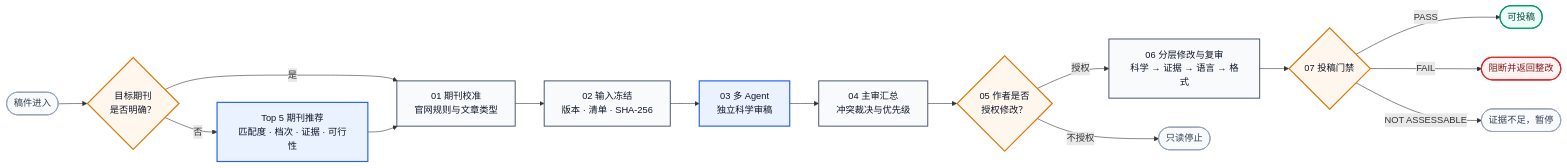
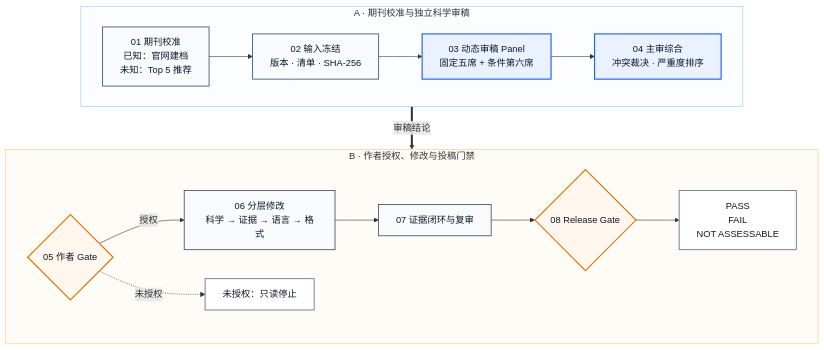
Before and after one commit to Jameslxr/manuscript-review-revision-skill: the first of 2 diagrams in README.md, drawn with Mermaid. The commit also changed other lines of this file, not shown here.

Commit message:
Simplify Mermaid architecture layout

````diff
--- a/README.md
+++ b/README.md
@@ -21,31 +21,37 @@
 ```mermaid
-flowchart LR
-    START(["稿件进入"]) --> TARGET{"目标期刊<br/>是否明确？"}
-    TARGET -- "否" --> TOP5["Top 5 期刊推荐<br/>匹配度 · 档次 · 证据 · 可行性"]
-    TARGET -- "是" --> J1["01 期刊校准<br/>官网规则与文章类型"]
-    TOP5 --> J1
-    J1 --> J2["02 输入冻结<br/>版本 · 清单 · SHA-256"]
-    J2 --> J3["03 多 Agent<br/>独立科学审稿"]
-    J3 --> J4["04 主审汇总<br/>冲突裁决与优先级"]
-    J4 --> J5{"05 作者是否<br/>授权修改？"}
-    J5 -- "授权" --> J6["06 分层修改与复审<br/>科学 → 证据 → 语言 → 格式"]
-    J5 -- "不授权" --> STOP(["只读停止"])
-    J6 --> J7{"07 投稿门禁"}
-    J7 -- "PASS" --> PASS(["可投稿"])
-    J7 -- "FAIL" --> FAIL(["阻断并返回整改"])
-    J7 -- "NOT ASSESSABLE" --> HOLD(["证据不足，暂停"])
+flowchart TB
+    subgraph REVIEW["A · 期刊校准与独立科学审稿"]
+        direction LR
+        J1["01 期刊校准<br/>已知：官网建档<br/>未知：Top 5 推荐"]
+        J2["02 输入冻结<br/>版本 · 清单 · SHA-256"]
+        J3["03 动态审稿 Panel<br/>固定五席 + 条件第六席"]
+        J4["04 主审综合<br/>冲突裁决 · 严重度排序"]
+        J1 --> J2 --> J3 --> J4
+    end
 
-    classDef phase fill:#F8FAFC,stroke:#334155,stroke-width:1.5px,color:#0F172A;
+    subgraph REVISION["B · 作者授权、修改与投稿门禁"]
+        direction LR
+        J5{"05 作者 Gate"}
+        J6["06 分层修改<br/>科学 → 证据 → 语言 → 格式"]
+        J7["07 证据闭环与复审"]
+        J8{"08 Release Gate"}
+        OUT["PASS<br/>FAIL<br/>NOT ASSESSABLE"]
+        STOP["未授权：只读停止"]
+        J5 -- "授权" --> J6 --> J7 --> J8 --> OUT
+        J5 -. "未授权" .-> STOP
+    end
+
+    REVIEW ==>|审稿结论| REVISION
+
+    classDef phase fill:#F8FAFC,stroke:#475569,stroke-width:1.5px,color:#0F172A;
     classDef review fill:#EAF2FF,stroke:#2563EB,stroke-width:2px,color:#0F172A;
     classDef gate fill:#FFF7ED,stroke:#D97706,stroke-width:2px,color:#0F172A;
-    classDef success fill:#ECFDF5,stroke:#059669,stroke-width:2px,color:#064E3B;
-    classDef blocked fill:#FEF2F2,stroke:#DC2626,stroke-width:2px,color:#7F1D1D;
-    classDef neutral fill:#F8FAFC,stroke:#94A3B8,stroke-width:1.5px,color:#334155;
+    classDef terminal fill:#FFFFFF,stroke:#64748B,stroke-width:1.5px,color:#0F172A;
 
-    class J1,J2,J4,J6 phase;
-    class TOP5,J3 review;
-    class TARGET,J5,J7 gate;
-    class PASS success;
-    class FAIL blocked;
-    class START,STOP,HOLD neutral;
+    class J1,J2,J6,J7 phase;
+    class J3,J4 review;
+    class J5,J8 gate;
+    class OUT,STOP terminal;
+    style REVIEW fill:#FBFDFF,stroke:#93C5FD,stroke-width:1px
+    style REVISION fill:#FFFCF7,stroke:#F5C77A,stroke-width:1px
 ```
````
